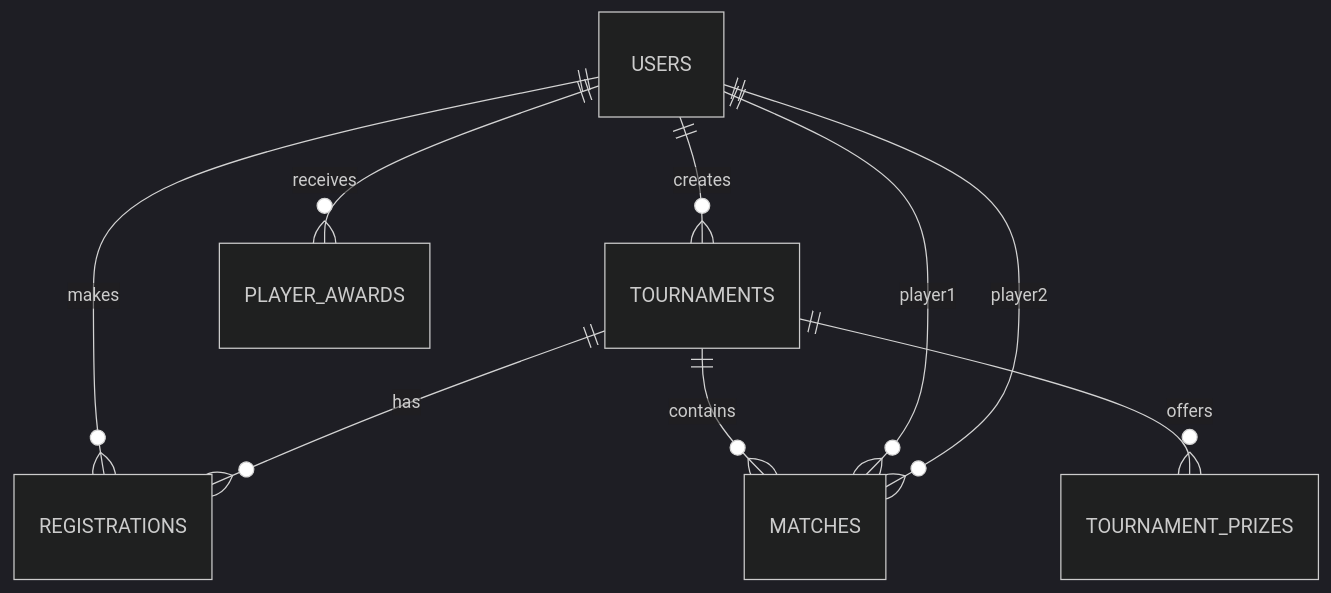
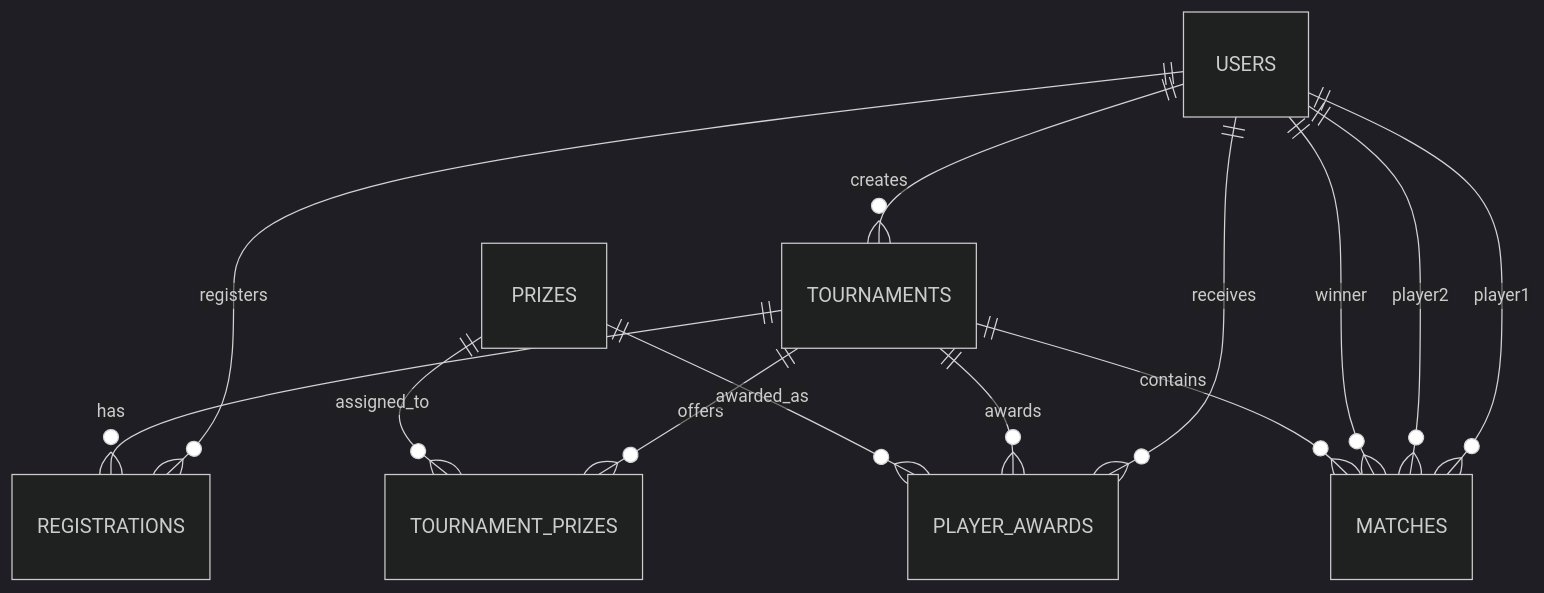
Before and after one commit to oiuv/yyarena: the third of 3 diagrams in QWEN.md, drawn with Mermaid (dark theme). The commit also changed other lines of this file, not shown here.

````diff
--- a/QWEN.md
+++ b/QWEN.md
@@ -173,11 +151,17 @@
 ```mermaid
 erDiagram
     USERS ||--o{ TOURNAMENTS : creates
-    USERS ||--o{ REGISTRATIONS : makes
+    USERS ||--o{ REGISTRATIONS : registers
+    USERS ||--o{ MATCHES : player1
+    USERS ||--o{ MATCHES : player2
+    USERS ||--o{ MATCHES : winner
+    USERS ||--o{ PLAYER_AWARDS : receives
+    
     TOURNAMENTS ||--o{ REGISTRATIONS : has
     TOURNAMENTS ||--o{ MATCHES : contains
     TOURNAMENTS ||--o{ TOURNAMENT_PRIZES : offers
-    MATCHES }o--|| USERS : player1
-    MATCHES }o--|| USERS : player2
-    USERS ||--o{ PLAYER_AWARDS : receives
+    TOURNAMENTS ||--o{ PLAYER_AWARDS : awards
+    
+    PRIZES ||--o{ TOURNAMENT_PRIZES : assigned_to
+    PRIZES ||--o{ PLAYER_AWARDS : awarded_as
 ```
````
